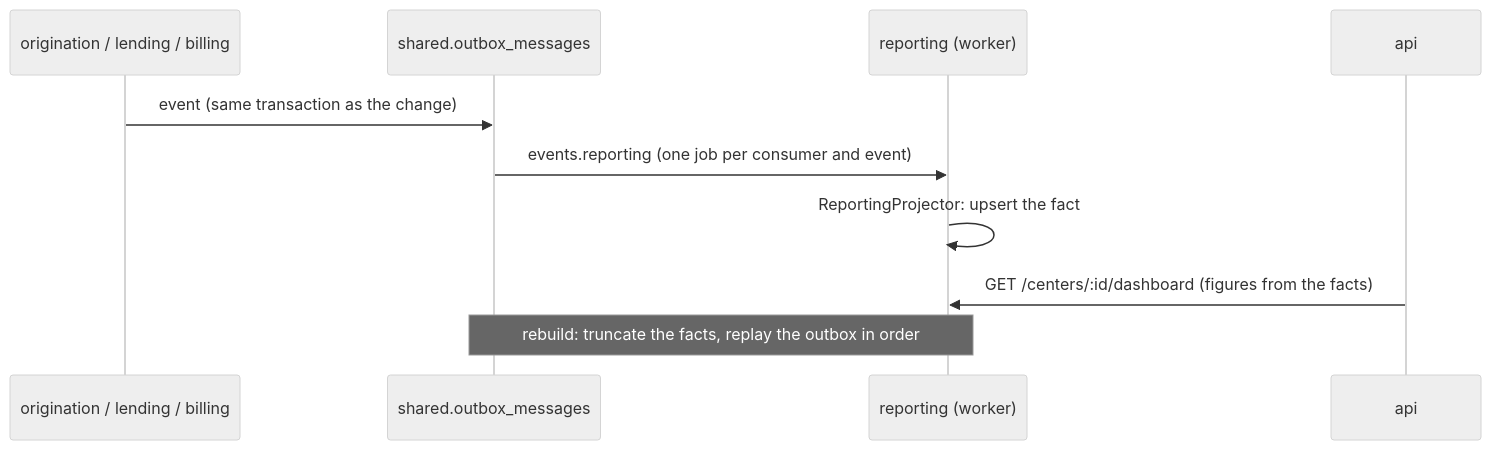
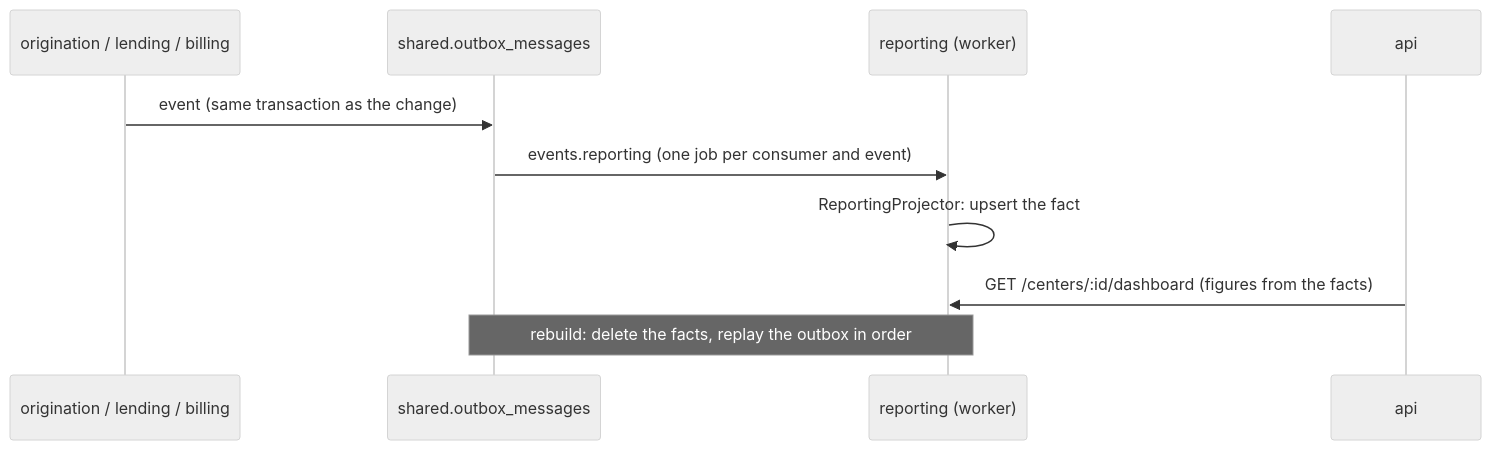
Before and after one commit to andrey342/tramo: the seventh of 7 diagrams in docs/architecture.md, drawn with Mermaid (neutral theme). The commit also changed 3 other files, not shown here.

Commit message:
docs(reporting): state the rebuild's cost and the score bands plainly

````diff
--- a/docs/architecture.md
+++ b/docs/architecture.md
@@ -532,12 +532,12 @@
 ```mermaid
 sequenceDiagram
   participant Module as origination / lending / billing
   participant Outbox as shared.outbox_messages
   participant Reporting as reporting (worker)
   participant Api as api
   Module->>Outbox: event (same transaction as the change)
   Outbox->>Reporting: events.reporting (one job per consumer and event)
   Reporting->>Reporting: ReportingProjector: upsert the fact
   Api->>Reporting: GET /centers/:id/dashboard (figures from the facts)
-  Note over Reporting,Outbox: rebuild: truncate the facts, replay the outbox in order
+  Note over Reporting,Outbox: rebuild: delete the facts, replay the outbox in order
 ```
````
